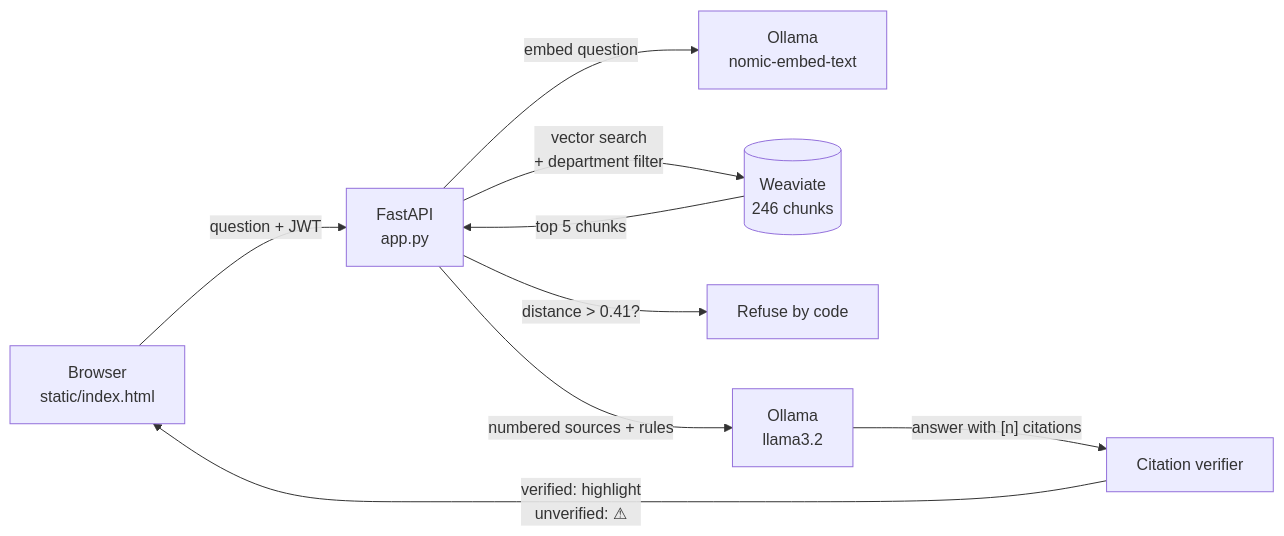
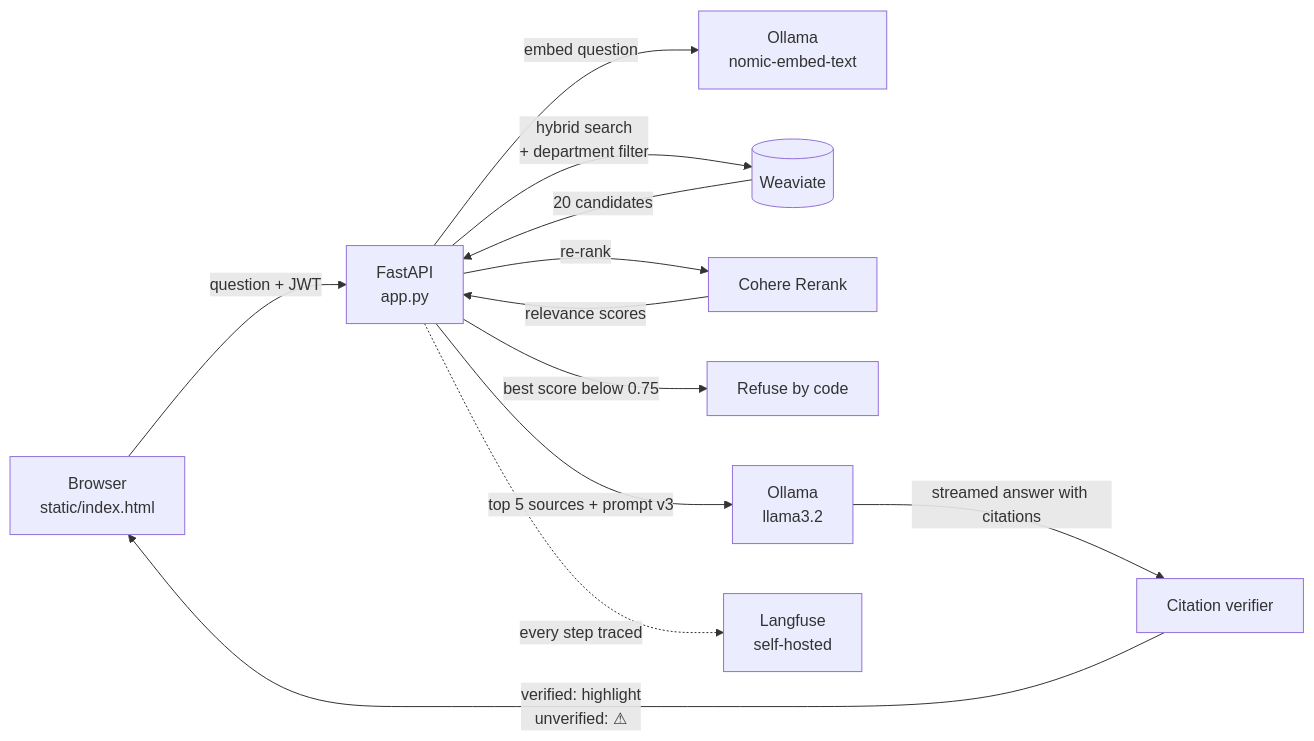
Before and after one commit to Mineshponthen1/secure-bank-rag-assistant: the diagram in README.md, drawn with Mermaid. The commit also changed other lines of this file and 6 other files, not shown here.

````diff
--- a/README.md
+++ b/README.md
@@ -22,11 +36,14 @@
 ```mermaid
 flowchart LR
     A[Browser<br/>static/index.html] -- question + JWT --> B[FastAPI<br/>app.py]
     B -- embed question --> C[Ollama<br/>nomic-embed-text]
-    B -- vector search<br/>+ department filter --> D[(Weaviate<br/>246 chunks)]
-    D -- top 5 chunks --> B
-    B -- distance > 0.41? --> E[Refuse by code]
-    B -- numbered sources + rules --> F[Ollama<br/>llama3.2]
-    F -- answer with [n] citations --> G[Citation verifier]
+    B -- hybrid search<br/>+ department filter --> D[(Weaviate)]
+    D -- 20 candidates --> B
+    B -- re-rank --> R[Cohere Rerank]
+    R -- relevance scores --> B
+    B -- best score below 0.75 --> E[Refuse by code]
+    B -- top 5 sources + prompt v3 --> F[Ollama<br/>llama3.2]
+    F -- streamed answer with citations --> G[Citation verifier]
     G -- verified: highlight<br/>unverified: ⚠ --> A
+    B -. every step traced .-> L[Langfuse<br/>self-hosted]
 ```
````
